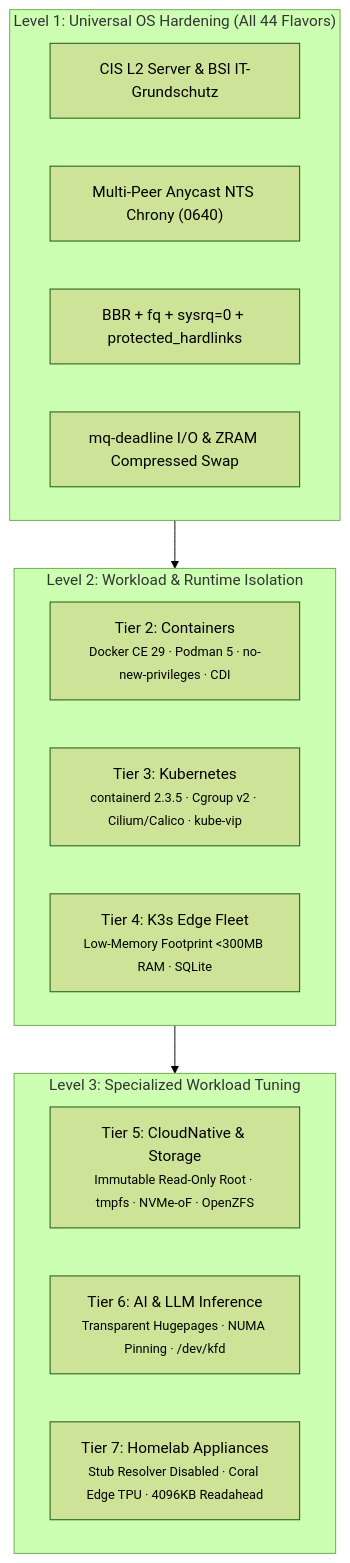
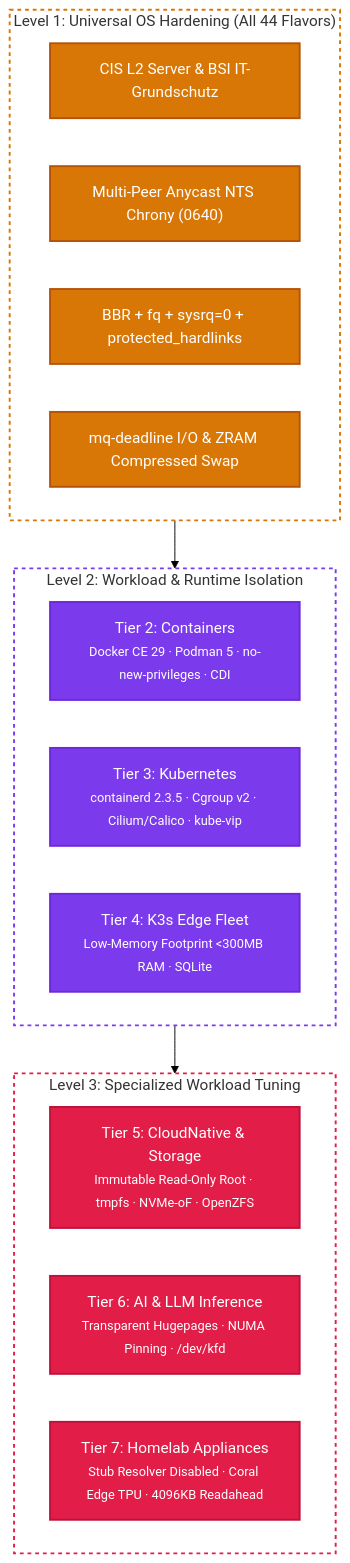
One commit to lusoris/lusoris-cloud-images changed the diagram in docs/standards/flavor-hardening-standards.md. Above: the diagram before and after it, drawn with Mermaid (forest theme). The commit also changed other lines of this file and 53 other files, not shown here.

First line of the commit message:
feat(agents): implement ai studio managed agents fleet, compliance pipeline, and diagram styling (#24)

````diff
--- a/docs/standards/flavor-hardening-standards.md
+++ b/docs/standards/flavor-hardening-standards.md
@@ -9,24 +9,33 @@
 ```mermaid
 flowchart TD
+    %% Semantic class definitions with vibrant, high-contrast jewel palettes
+    classDef l1 fill:#d97706,stroke:#b45309,stroke-width:2px,color:#ffffff
+    classDef l2 fill:#7c3aed,stroke:#6d28d9,stroke-width:2px,color:#ffffff
+    classDef l3 fill:#e11d48,stroke:#be123c,stroke-width:2px,color:#ffffff
+
     subgraph Level1["Level 1: Universal OS Hardening (All 44 Flavors)"]
-        CIS["CIS L2 Server & BSI IT-Grundschutz"]
-        NTS["Multi-Peer Anycast NTS Chrony (0640)"]
-        Kernel["BBR + fq + sysrq=0 + protected_hardlinks"]
-        NVMe["mq-deadline I/O & ZRAM Compressed Swap"]
+        CIS["CIS L2 Server & BSI IT-Grundschutz"]:::l1
+        NTS["Multi-Peer Anycast NTS Chrony (0640)"]:::l1
+        Kernel["BBR + fq + sysrq=0 + protected_hardlinks"]:::l1
+        NVMe["mq-deadline I/O & ZRAM Compressed Swap"]:::l1
     end
 
     subgraph Level2["Level 2: Workload & Runtime Isolation"]
-        T2["Tier 2: Containers<br/><small>Docker CE 29 · Podman 5 · no-new-privileges · CDI</small>"]
-        T3["Tier 3: Kubernetes<br/><small>containerd 2.3.5 · Cgroup v2 · Cilium/Calico · kube-vip</small>"]
-        T4["Tier 4: K3s Edge Fleet<br/><small>Low-Memory Footprint &lt;300MB RAM · SQLite</small>"]
+        T2["Tier 2: Containers<br/><small>Docker CE 29 · Podman 5 · no-new-privileges · CDI</small>"]:::l2
+        T3["Tier 3: Kubernetes<br/><small>containerd 2.3.5 · Cgroup v2 · Cilium/Calico · kube-vip</small>"]:::l2
+        T4["Tier 4: K3s Edge Fleet<br/><small>Low-Memory Footprint &lt;300MB RAM · SQLite</small>"]:::l2
     end
 
     subgraph Level3["Level 3: Specialized Workload Tuning"]
-        T5["Tier 5: CloudNative & Storage<br/><small>Immutable Read-Only Root · tmpfs · NVMe-oF · OpenZFS</small>"]
-        T6["Tier 6: AI & LLM Inference<br/><small>Transparent Hugepages · NUMA Pinning · /dev/kfd</small>"]
-        T7["Tier 7: Homelab Appliances<br/><small>Stub Resolver Disabled · Coral Edge TPU · 4096KB Readahead</small>"]
+        T5["Tier 5: CloudNative & Storage<br/><small>Immutable Read-Only Root · tmpfs · NVMe-oF · OpenZFS</small>"]:::l3
+        T6["Tier 6: AI & LLM Inference<br/><small>Transparent Hugepages · NUMA Pinning · /dev/kfd</small>"]:::l3
+        T7["Tier 7: Homelab Appliances<br/><small>Stub Resolver Disabled · Coral Edge TPU · 4096KB Readahead</small>"]:::l3
     end
 
     Level1 --> Level2
     Level2 --> Level3
+
+    style Level1 fill:none,stroke:#d97706,stroke-width:2px,stroke-dasharray: 4 4
+    style Level2 fill:none,stroke:#7c3aed,stroke-width:2px,stroke-dasharray: 4 4
+    style Level3 fill:none,stroke:#e11d48,stroke-width:2px,stroke-dasharray: 4 4
 ```
````
